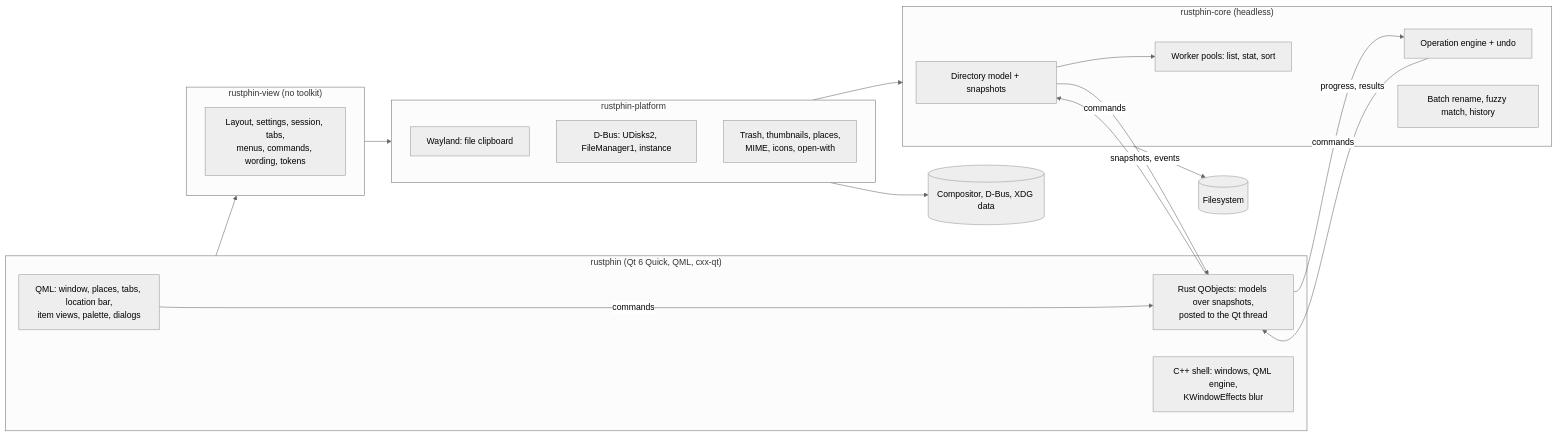
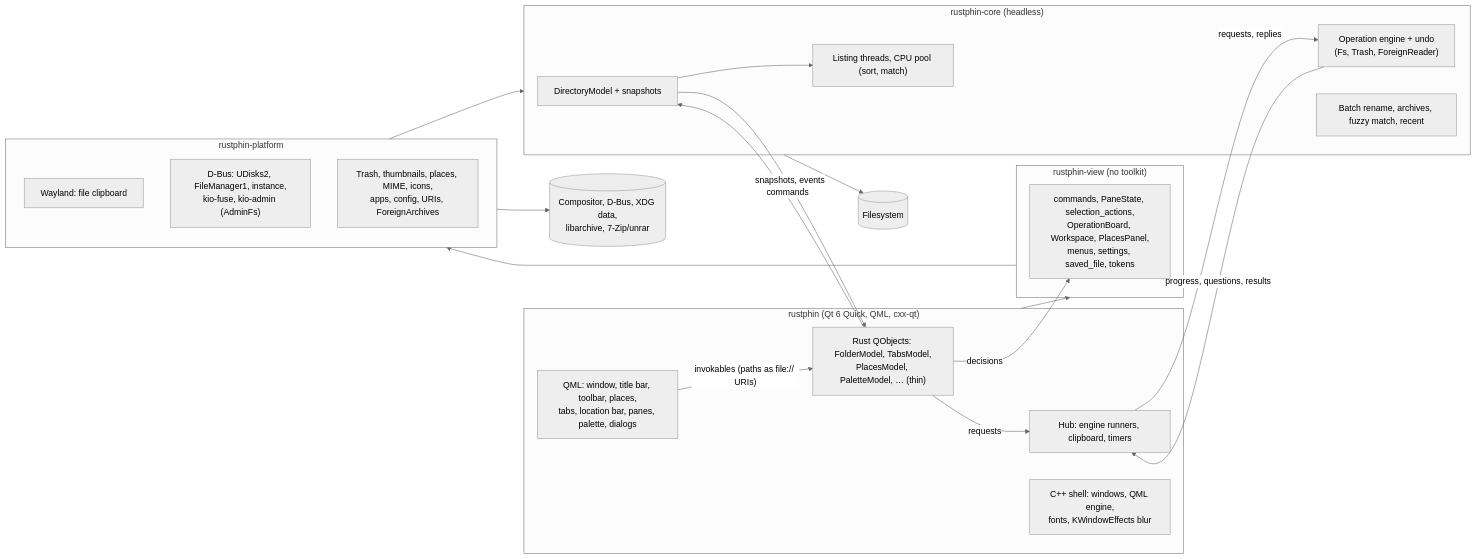
One commit to PerkyZZ999/Rustphin changed the diagram in docs/project/ARCHITECTURE.md. Above: the diagram before and after it, drawn with Mermaid (neutral theme). The commit also changed other lines of this file and 23 other files, not shown here.

````diff
--- a/docs/project/ARCHITECTURE.md
+++ b/docs/project/ARCHITECTURE.md
@@ -9,33 +9,36 @@
 ```mermaid
 flowchart LR
     subgraph ui["rustphin (Qt 6 Quick, QML, cxx-qt)"]
-        views["QML: window, places, tabs, location bar,<br/>item views, palette, dialogs"]
-        bridge["Rust QObjects: models over snapshots,<br/>posted to the Qt thread"]
-        shell["C++ shell: windows, QML engine,<br/>KWindowEffects blur"]
+        views["QML: window, title bar, toolbar, places,<br/>tabs, location bar, panes, palette, dialogs"]
+        bridge["Rust QObjects: FolderModel, TabsModel,<br/>PlacesModel, PaletteModel, … (thin)"]
+        hub["Hub: engine runners, clipboard, timers"]
+        shell["C++ shell: windows, QML engine,<br/>fonts, KWindowEffects blur"]
     end
     subgraph view["rustphin-view (no toolkit)"]
-        vlogic["Layout, settings, session, tabs,<br/>menus, commands, wording, tokens"]
+        vlogic["commands, PaneState, selection_actions,<br/>OperationBoard, Workspace, PlacesPanel,<br/>menus, settings, saved_file, tokens"]
     end
     subgraph platform["rustphin-platform"]
         wl["Wayland: file clipboard"]
-        dbus["D-Bus: UDisks2, FileManager1, instance"]
-        desk["Trash, thumbnails, places,<br/>MIME, icons, open-with"]
+        dbus["D-Bus: UDisks2, FileManager1, instance,<br/>kio-fuse, kio-admin (AdminFs)"]
+        desk["Trash, thumbnails, places, MIME, icons,<br/>apps, config, URIs, ForeignArchives"]
     end
     subgraph core["rustphin-core (headless)"]
-        model["Directory model + snapshots"]
-        workers["Worker pools: list, stat, sort"]
-        ops["Operation engine + undo"]
-        logic["Batch rename, fuzzy match, history"]
+        model["DirectoryModel + snapshots"]
+        workers["Listing threads, CPU pool (sort, match)"]
+        ops["Operation engine + undo<br/>(Fs, Trash, ForeignReader)"]
+        logic["Batch rename, archives, fuzzy match, recent"]
     end
-    views -- commands --> bridge
+    views -- "invokables (paths as file:// URIs)" --> bridge
+    bridge -- decisions --> vlogic
     bridge -- commands --> model
-    bridge -- commands --> ops
+    bridge -- requests --> hub
+    hub -- requests, replies --> ops
     model -- snapshots, events --> bridge
-    ops -- progress, results --> bridge
+    ops -- progress, questions, results --> hub
     model --> workers
     ui --> view
     view --> platform
     platform --> core
     core --> fs[("Filesystem")]
-    platform --> sys[("Compositor, D-Bus, XDG data")]
+    platform --> sys[("Compositor, D-Bus, XDG data,<br/>libarchive, 7-Zip/unrar")]
 ```
````
